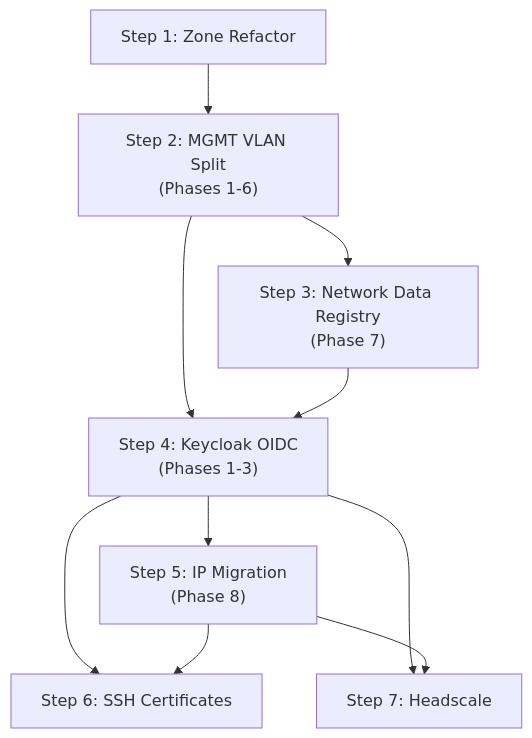
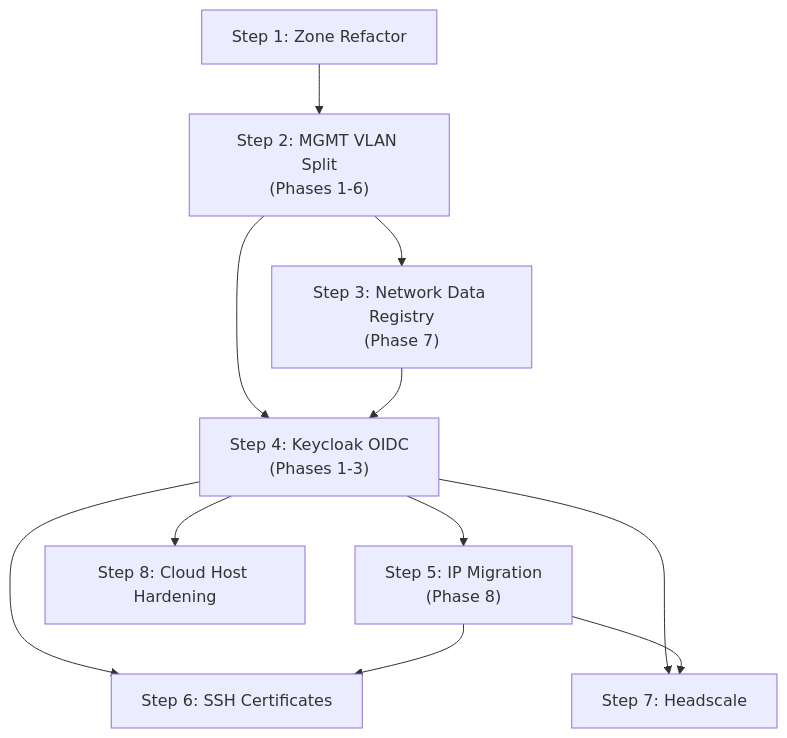
The diagram in llm-notes/feature-roadmap-analysis.md (mutantmell/dotfiles), drawn with Mermaid before and after one commit. The commit also changed other lines of this file and 1 other file, not shown here.

First line of the commit message:
Add cloud host hardening plan and update roadmap

````diff
--- a/llm-notes/feature-roadmap-analysis.md
+++ b/llm-notes/feature-roadmap-analysis.md
@@ -52,20 +53,22 @@
 ```mermaid
 flowchart TD
     ZR["Step 1: Zone Refactor"]
     VLAN["Step 2: MGMT VLAN Split\n(Phases 1-6)"]
     REG["Step 3: Network Data Registry\n(Phase 7)"]
     KC["Step 4: Keycloak OIDC\n(Phases 1-3)"]
     IP["Step 5: IP Migration\n(Phase 8)"]
     SSH["Step 6: SSH Certificates"]
     HS["Step 7: Headscale"]
+    CH["Step 8: Cloud Host Hardening"]
 
     ZR --> VLAN
     VLAN --> REG
     VLAN --> KC
     REG --> KC
     KC --> IP
     KC --> SSH
     KC --> HS
+    KC --> CH
     IP --> SSH
     IP --> HS
 ```
````
